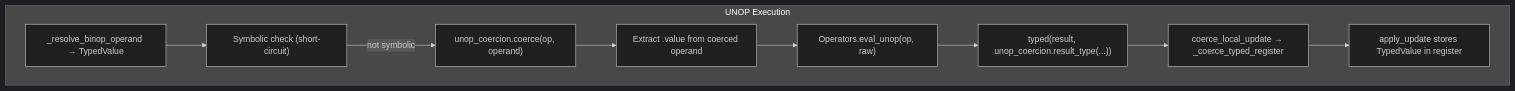
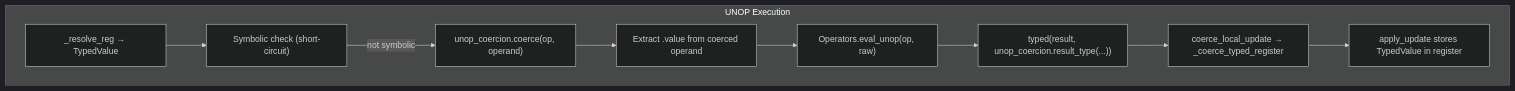
Diagram 12 of 12 in docs/type-system.md (avishek-sen-gupta/red-dragon), drawn with Mermaid (dark theme) before and after one commit. The commit also changed other lines of this file and 2 other files, not shown here.

First line of the commit message:
refactor: delete redundant _resolve_binop_operand, use _resolve_reg

````diff
--- a/docs/type-system.md
+++ b/docs/type-system.md
@@ -1461,21 +1461,21 @@
 ```mermaid
 flowchart TD
     subgraph UnaryOp["UNOP Execution"]
-        U1["_resolve_binop_operand → TypedValue"]
+        U1["_resolve_reg → TypedValue"]
         U2["Symbolic check (short-circuit)"]
         U3["unop_coercion.coerce(op, operand)"]
         U4["Extract .value from coerced operand"]
         U5["Operators.eval_unop(op, raw)"]
         U6["typed(result, unop_coercion.result_type(...))"]
         U7["coerce_local_update → _coerce_typed_register"]
         U8["apply_update stores TypedValue in register"]
     end
 
     U1 --> U2
     U2 -->|not symbolic| U3
     U3 --> U4
     U4 --> U5
     U5 --> U6
     U6 --> U7
     U7 --> U8
 ```
````
